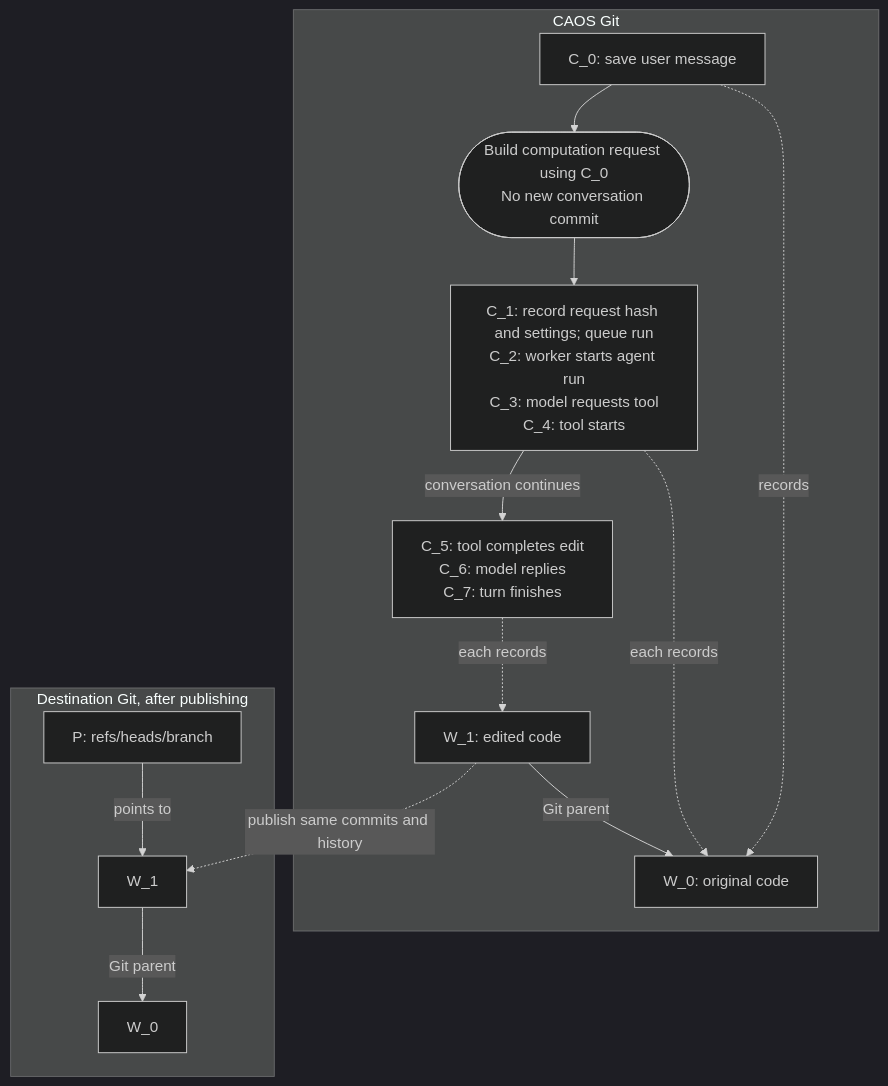
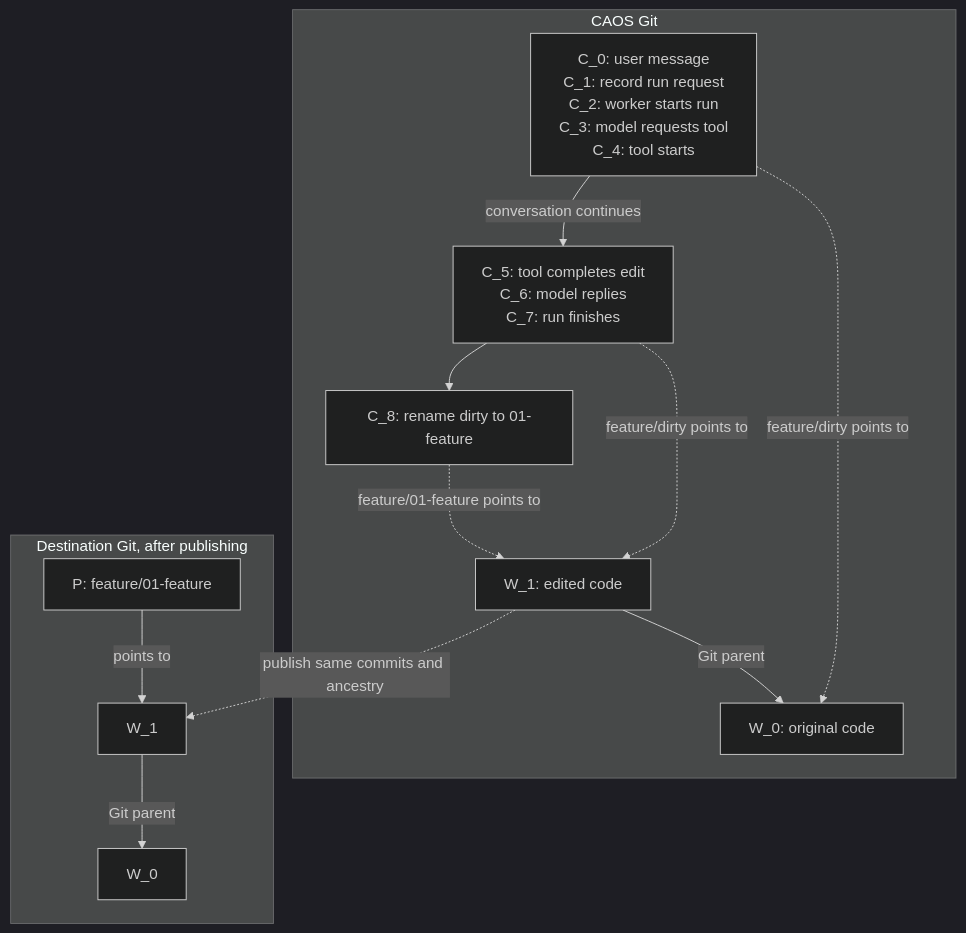
Before and after one commit to Metta-AI/caos: the diagram in design/chat.md, drawn with Mermaid (dark theme). The commit also changed other lines of this file, not shown here.

Commit message:
Redesign conversations around content trees and conventional code stacks

````diff
--- a/design/chat.md
+++ b/design/chat.md
@@ -16,19 +17,18 @@
 ```mermaid
 flowchart TB
     subgraph caos["CAOS Git"]
-        message["C_0: save user message"]
-        request(["Build computation request using C_0<br/>No new conversation commit"])
-        before["C_1: record request hash and settings; queue run<br/>C_2: worker starts agent run<br/>C_3: model requests tool<br/>C_4: tool starts"]
-        after["C_5: tool completes edit<br/>C_6: model replies<br/>C_7: turn finishes"]
-        message --> request --> before -->|conversation continues| after
-        message -.->|records| W0["W_0: original code"]
-        before -.->|each records| W0
-        after -.->|each records| W1["W_1: edited code"]
+        before["C_0: user message<br/>C_1: record run request<br/>C_2: worker starts run<br/>C_3: model requests tool<br/>C_4: tool starts"]
+        after["C_5: tool completes edit<br/>C_6: model replies<br/>C_7: run finishes"]
+        before -->|conversation continues| after
+        before -.->|feature/dirty points to| W0["W_0: original code"]
+        after -.->|feature/dirty points to| W1["W_1: edited code"]
         W1 -->|Git parent| W0
+        after --> ready["C_8: rename dirty to 01-feature"]
+        ready -.->|feature/01-feature points to| W1
     end
     subgraph destination["Destination Git, after publishing"]
-        P["P: refs/heads/branch"] -->|points to| published1["W_1"]
+        P["P: feature/01-feature"] -->|points to| published1["W_1"]
         published1 -->|Git parent| published0["W_0"]
     end
-    W1 -.->|publish same commits and history| published1
+    W1 -.->|publish same commits and ancestry| published1
 ```
````
